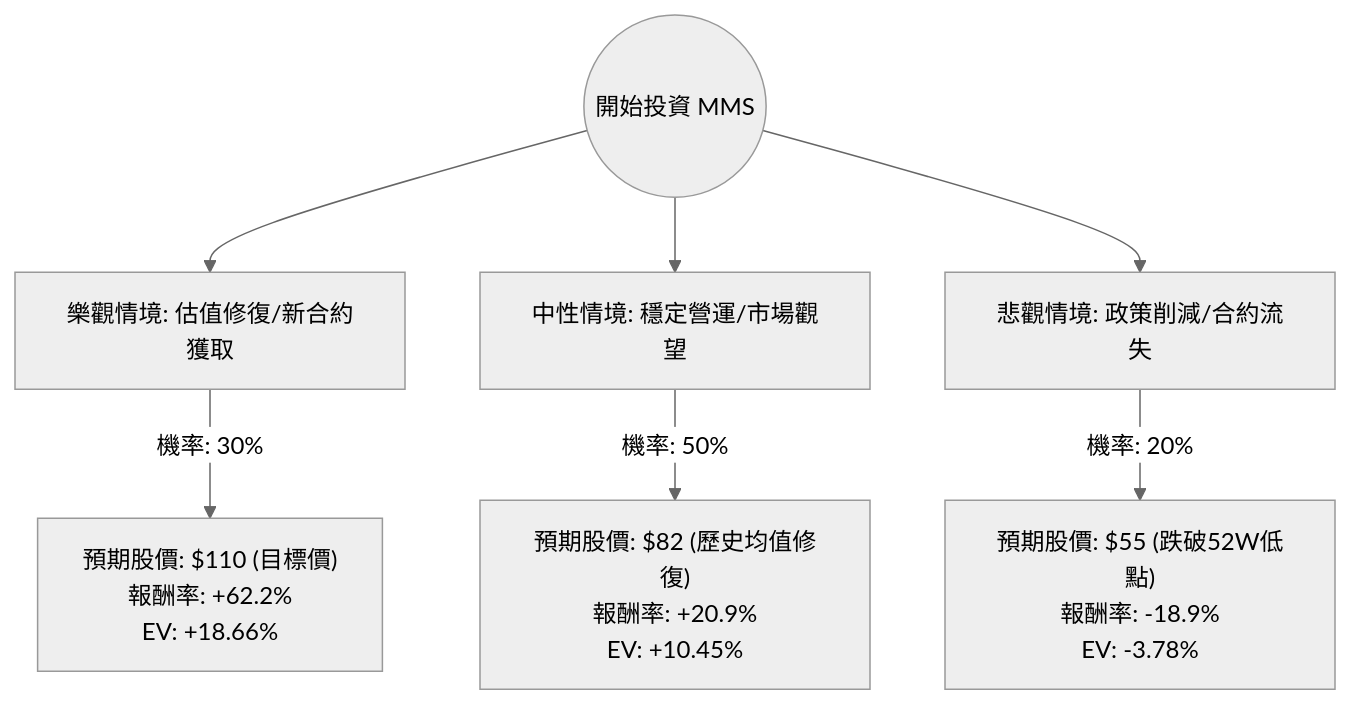
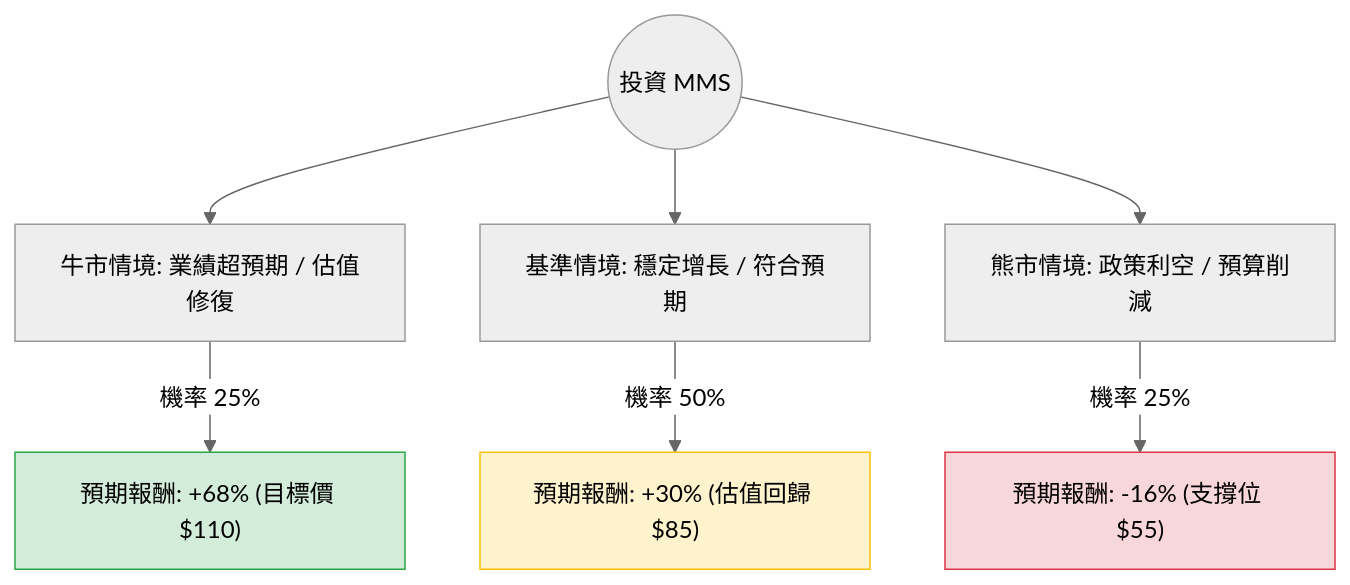
The diagram in plugin-react/ai-analysis/ev-analysis/MMS.md (zmcx16/zmcx16.github.io), drawn with Mermaid (neutral theme) before and after one commit. The commit also changed other lines of this file and 81 other files, not shown here.

````diff
--- a/plugin-react/ai-analysis/ev-analysis/MMS.md
+++ b/plugin-react/ai-analysis/ev-analysis/MMS.md
@@ -22,10 +24,14 @@
 ```mermaid
 graph TD
-    Start((開始投資 MMS)) --> Bull[樂觀情境: 估值修復/新合約獲取]
-    Start --> Base[中性情境: 穩定營運/市場觀望]
-    Start --> Bear[悲觀情境: 政策削減/合約流失]
+    Start((投資 MMS)) --> Bull[牛市情境: 業績超預期 / 估值修復]
+    Start --> Base[基準情境: 穩定增長 / 符合預期]
+    Start --> Bear[熊市情境: 政策利空 / 預算削減]
 
-    Bull -- "機率: 30%" --> BullResult["預期股價: $110 (目標價)<br>報酬率: +62.2%<br>EV: +18.66%"]
-    Base -- "機率: 50%" --> BaseResult["預期股價: $82 (歷史均值修復)<br>報酬率: +20.9%<br>EV: +10.45%"]
-    Bear -- "機率: 20%" --> BearResult["預期股價: $55 (跌破52W低點)<br>報酬率: -18.9%<br>EV: -3.78%"]
+    Bull -- "機率 25%" --> BullResult["預期報酬: +68% (目標價 $110)"]
+    Base -- "機率 50%" --> BaseResult["預期報酬: +30% (估值回歸 $85)"]
+    Bear -- "機率 25%" --> BearResult["預期報酬: -16% (支撐位 $55)"]
+
+    style BullResult fill:#d4edda,stroke:#28a745
+    style BaseResult fill:#fff3cd,stroke:#ffc107
+    style BearResult fill:#f8d7da,stroke:#dc3545
 ```
````
